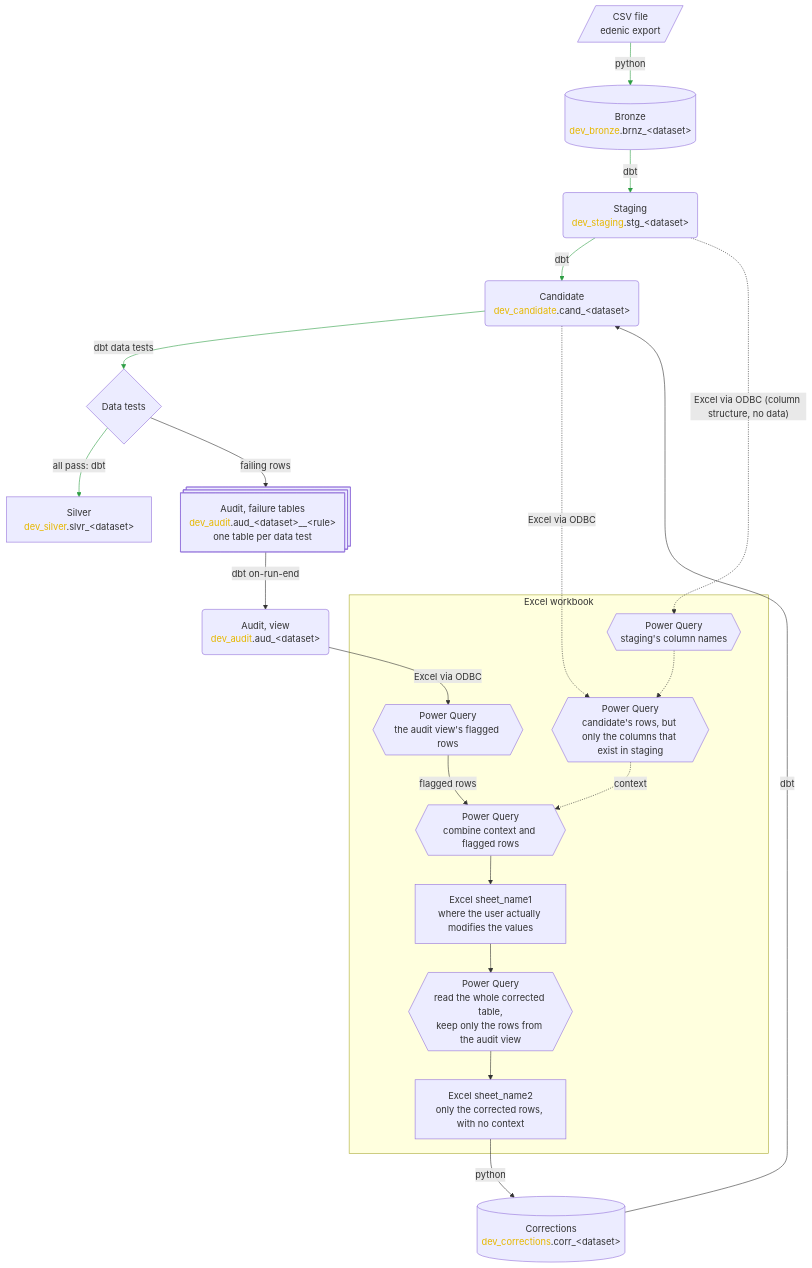
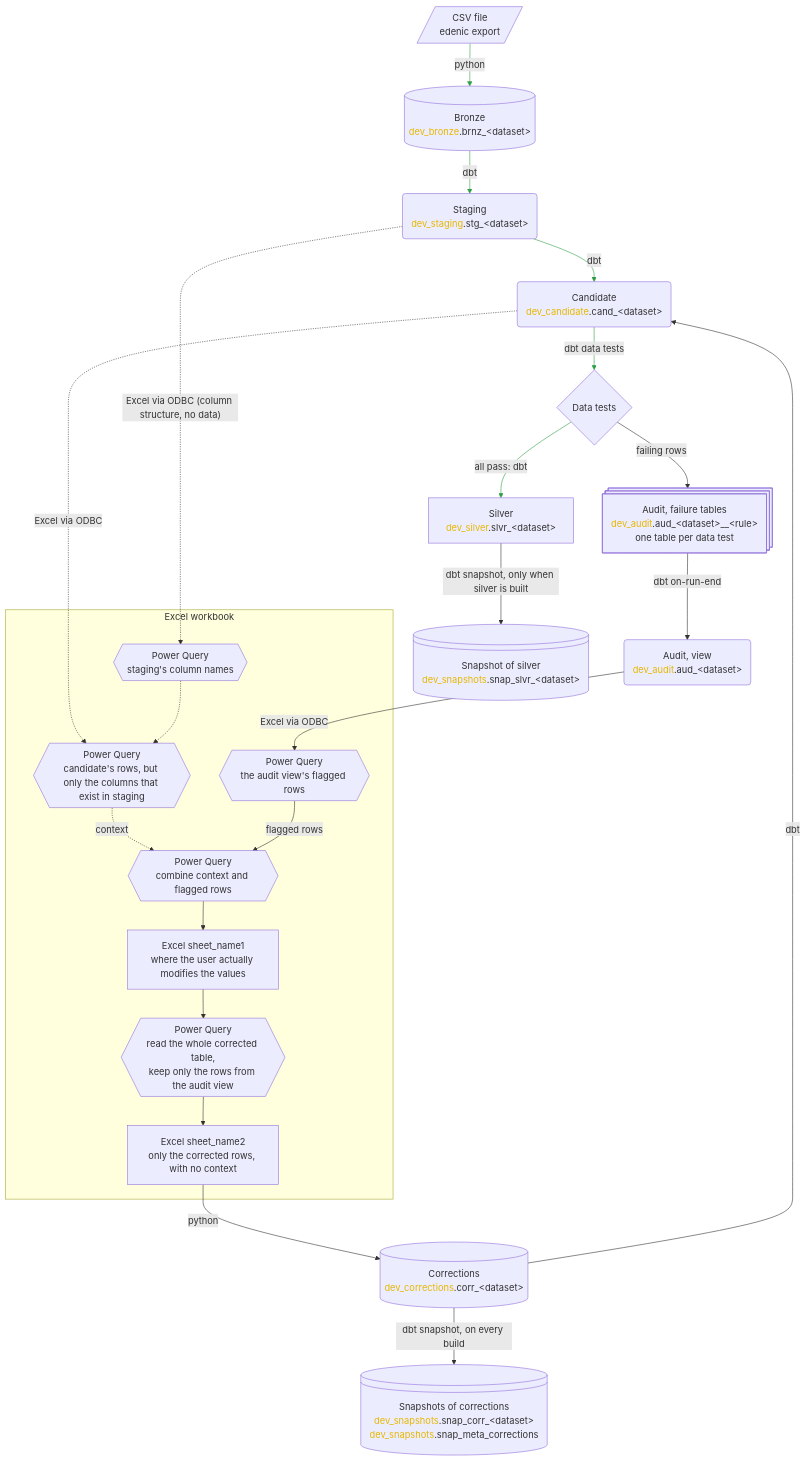
One commit to le1douglas/DataWarehouse changed the diagram in docs/DATA_FLOW_DIAGRAM.md. Above: the diagram before and after it, drawn with Mermaid. The commit also changed other lines of this file and 8 other files, not shown here.

Commit message:
added snapshots for silver and corrections (and meta_corrections)

````diff
--- a/docs/DATA_FLOW_DIAGRAM.md
+++ b/docs/DATA_FLOW_DIAGRAM.md
@@ -5,43 +5,47 @@
 ```mermaid
 flowchart TD
     csv[/"CSV file<br/>edenic export"/]
     brnz[("Bronze<br/><span style='color: #e6b800'>dev_bronze</span>.brnz_#lt;dataset#gt;")]
     corr[("Corrections<br/><span style='color: #e6b800'>dev_corrections</span>.corr_#lt;dataset#gt;")]
     stg("Staging<br/><span style='color: #e6b800'>dev_staging</span>.stg_#lt;dataset#gt;")
     cand("Candidate<br/><span style='color: #e6b800'>dev_candidate</span>.cand_#lt;dataset#gt;")
     tests{"Data tests"}
     fail@{ shape: st-rect, label: "Audit, failure tables<br/><span style='color: #e6b800'>dev_audit</span>.aud_#lt;dataset#gt;__#lt;rule#gt;<br/>one table per data test" }
     aud("Audit, view<br/><span style='color: #e6b800'>dev_audit</span>.aud_#lt;dataset#gt;")
     slvr["Silver<br/><span style='color: #e6b800'>dev_silver</span>.slvr_#lt;dataset#gt;"]
+    snapcorr@{ shape: lin-cyl, label: "Snapshots of corrections<br/><span style='color: #e6b800'>dev_snapshots</span>.snap_corr_#lt;dataset#gt;<br/><span style='color: #e6b800'>dev_snapshots</span>.snap_meta_corrections" }
+    snapslvr@{ shape: lin-cyl, label: "Snapshot of silver<br/><span style='color: #e6b800'>dev_snapshots</span>.snap_slvr_#lt;dataset#gt;" }
 
     subgraph xlsx["Excel workbook"]
         qcols{{"Power Query<br/>staging's column names"}}
         qcand{{"Power Query<br/>candidate's rows, but only the columns that exist in staging"}}
         qaud{{"Power Query<br/>the audit view's flagged rows"}}
         comb{{"Power Query<br/>combine context and flagged rows"}}
         review["Excel sheet_name1<br/>where the user actually modifies the values"]
         qsel{{"Power Query<br/>read the whole corrected table,<br/>keep only the rows from the audit view"}}
         corrected["Excel sheet_name2<br/>only the corrected rows, with no context"]
     end
 
     csv -->|"python"| brnz
     brnz -->|"dbt"| stg
     stg -->|"dbt"| cand
     corr -->|"dbt"| cand
     cand -->|"dbt data tests"| tests
     tests -->|"all pass: dbt"| slvr
     tests -->|"failing rows"| fail
     fail -->|"dbt on-run-end"| aud
     stg -.->|"Excel via ODBC (column structure, no data)"| qcols
     cand -.->|"Excel via ODBC"| qcand
     aud -->|"Excel via ODBC"| qaud
     qcols -.-> qcand
     qcand -.->|"context"| comb
     qaud -->|"flagged rows"| comb
     comb --> review
     review --> qsel
     qsel --> corrected
     corrected -->|"python"| corr
+    corr -->|"dbt snapshot, on every build"| snapcorr
+    slvr -->|"dbt snapshot, only when silver is built"| snapslvr
 
     linkStyle 0,1,2,4,5 stroke:#2e9e44
 ```
````
